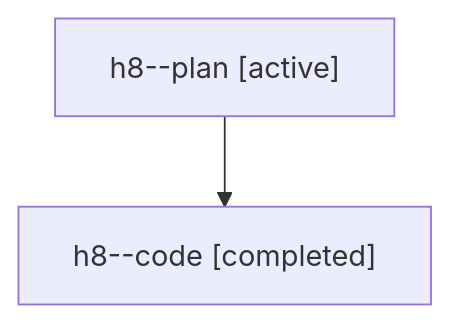
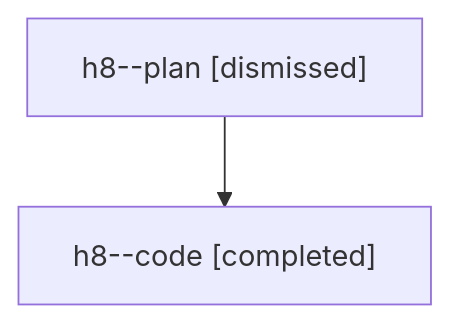
One commit to sase-org/sase--agents changed the diagram in sessions/bbugyi200.athena.h8.md. Above: the diagram before and after it, drawn with Mermaid. The commit also changed other lines of this file and 29 other files, not shown here.

````diff
--- a/sessions/bbugyi200.athena.h8.md
+++ b/sessions/bbugyi200.athena.h8.md
@@ -9,6 +9,6 @@
 ```mermaid
 flowchart TD
-  n0["h8--plan [active]"]
+  n0["h8--plan [dismissed]"]
   n1["h8--code [completed]"]
   n0 --> n1
 ```
````
